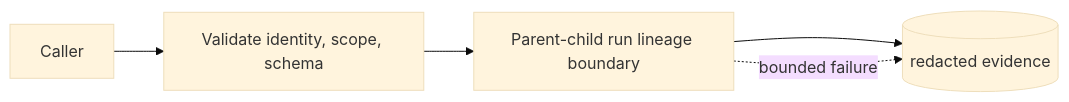
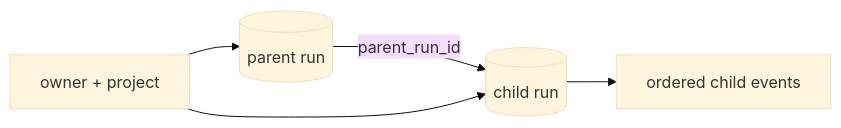
The diagram in docs/course/concepts/parent-child-lineage.md (levalencia/archon), drawn with Mermaid (base theme) before and after one commit. The commit also changed other lines of this file and 22 other files, not shown here.

Commit message:
docs: correct advanced course architecture and claims

````diff
--- a/docs/course/concepts/parent-child-lineage.md
+++ b/docs/course/concepts/parent-child-lineage.md
@@ -35,7 +16,7 @@
 ```mermaid
 flowchart LR
-  Caller --> V[Validate identity, scope, schema]
-  V --> C[Parent-child run lineage boundary]
-  C --> E[(redacted evidence)]
-  C -. bounded failure .-> E
+  P[(parent run)] -->|parent_run_id| C[(child run)]
+  O[owner + project] --> P
+  O --> C
+  C --> E[ordered child events]
 ```
````
